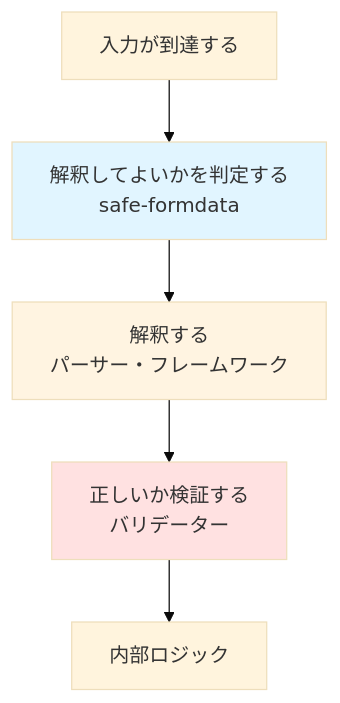
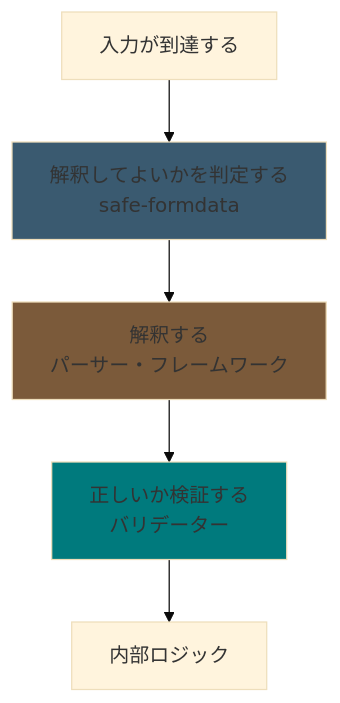
The diagram in articles/38574f4a3fafd4.md (roottool/zenn-content), drawn with Mermaid (base theme) before and after one commit.

Commit message:
docs: ダークモードでの文字色と背景色のコントラストが視認性に悪いため背景色を変更 (#176)

````diff
--- a/articles/38574f4a3fafd4.md
+++ b/articles/38574f4a3fafd4.md
@@ -186,12 +186,12 @@
 ```mermaid
 flowchart TD
 
 A[入力が到達する] --> B[解釈してよいかを判定する<br/>safe-formdata]
 B --> C[解釈する<br/>パーサー・フレームワーク]
 C --> D[正しいか検証する<br/>バリデーター]
 D --> E[内部ロジック]
 
-style B fill:#e1f5ff
-style C fill:#fff4e1
-style D fill:#ffe1e1
+style B fill:#3a5a70
+style C fill:#7b5a3a
+style D fill:#007a7d
 ```
````
